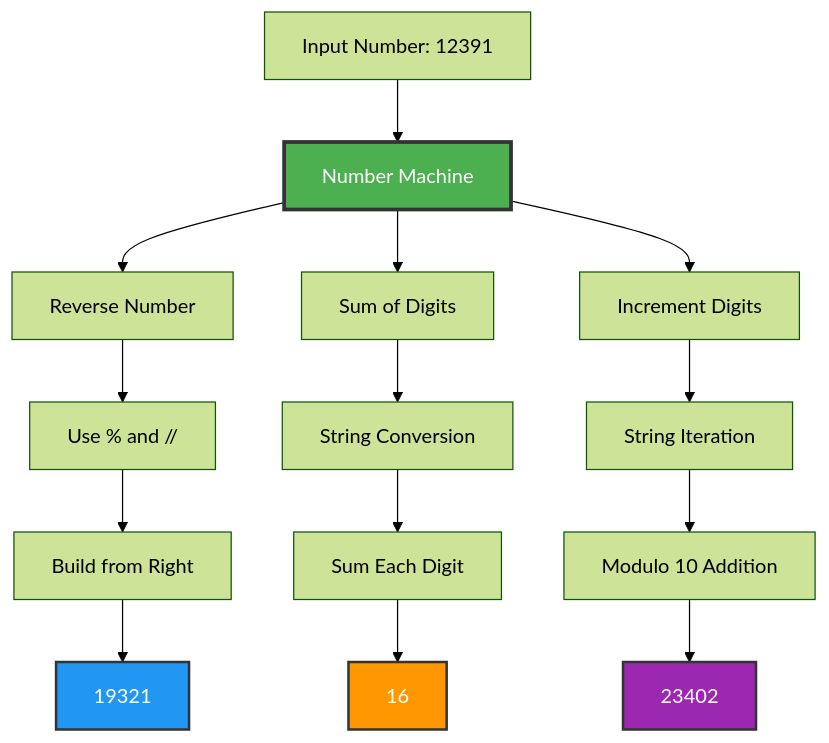
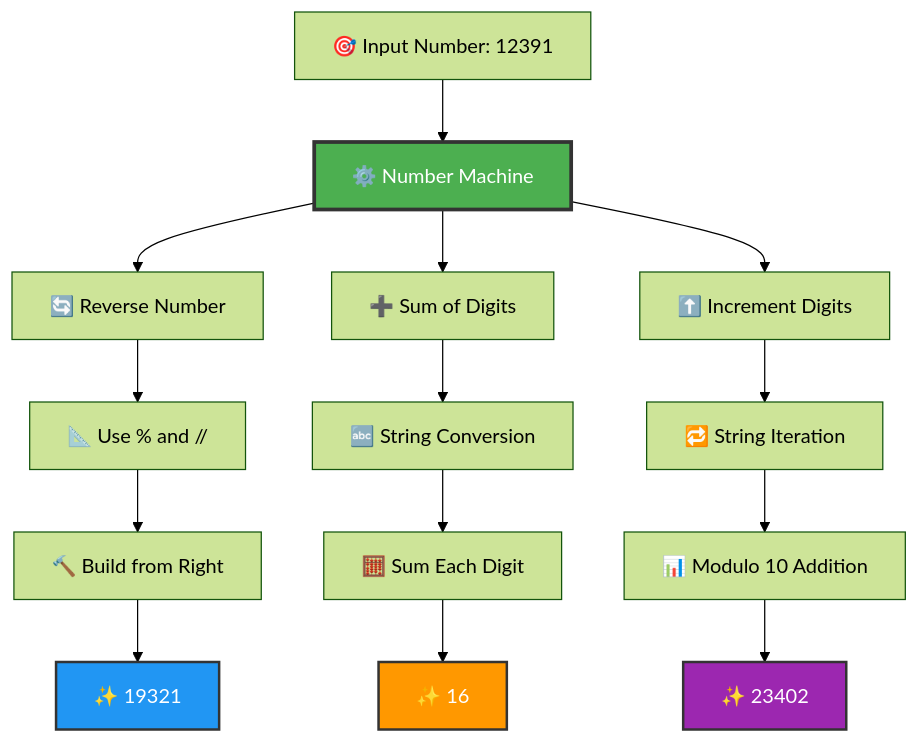
The first of 2 diagrams in project-4/README.md (LuthandoCandlovu/sarao-technical-challenge), drawn with Mermaid (forest theme) before and after one commit. The commit also changed other lines of this file, not shown here.

````diff
--- a/project-4/README.md
+++ b/project-4/README.md
@@ -28,25 +65,25 @@
 ```mermaid
 graph TB
-    A[Input Number: 12391] --> B[Number Machine]
+    A[🎯 Input Number: 12391] --> B[⚙️ Number Machine]
 
-    B --> C[Reverse Number]
-    B --> D[Sum of Digits]
-    B --> E[Increment Digits]
+    B --> C[🔄 Reverse Number]
+    B --> D[➕ Sum of Digits]
+    B --> E[⬆️ Increment Digits]
 
-    C --> C1[Use % and //]
-    C1 --> C2[Build from Right]
-    C2 --> C3[19321]
+    C --> C1[📐 Use % and //]
+    C1 --> C2[🔨 Build from Right]
+    C2 --> C3[✨ 19321]
 
-    D --> D1[String Conversion]
-    D1 --> D2[Sum Each Digit]
-    D2 --> D3[16]
+    D --> D1[🔤 String Conversion]
+    D1 --> D2[🧮 Sum Each Digit]
+    D2 --> D3[✨ 16]
 
-    E --> E1[String Iteration]
-    E1 --> E2[Modulo 10 Addition]
-    E2 --> E3[23402]
+    E --> E1[🔁 String Iteration]
+    E1 --> E2[📊 Modulo 10 Addition]
+    E2 --> E3[✨ 23402]
 
     style B fill:#4CAF50,stroke:#333,stroke-width:3px,color:#fff
     style C3 fill:#2196F3,stroke:#333,stroke-width:2px,color:#fff
     style D3 fill:#FF9800,stroke:#333,stroke-width:2px,color:#fff
     style E3 fill:#9C27B0,stroke:#333,stroke-width:2px,color:#fff
 ```
````
